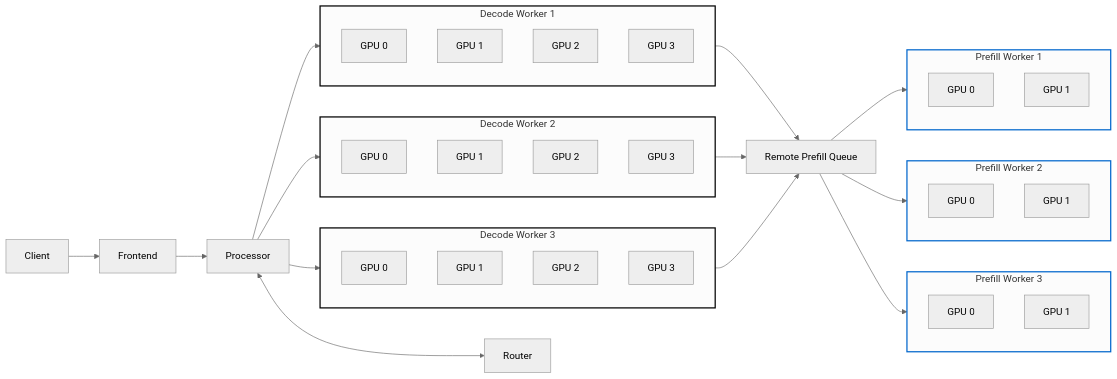
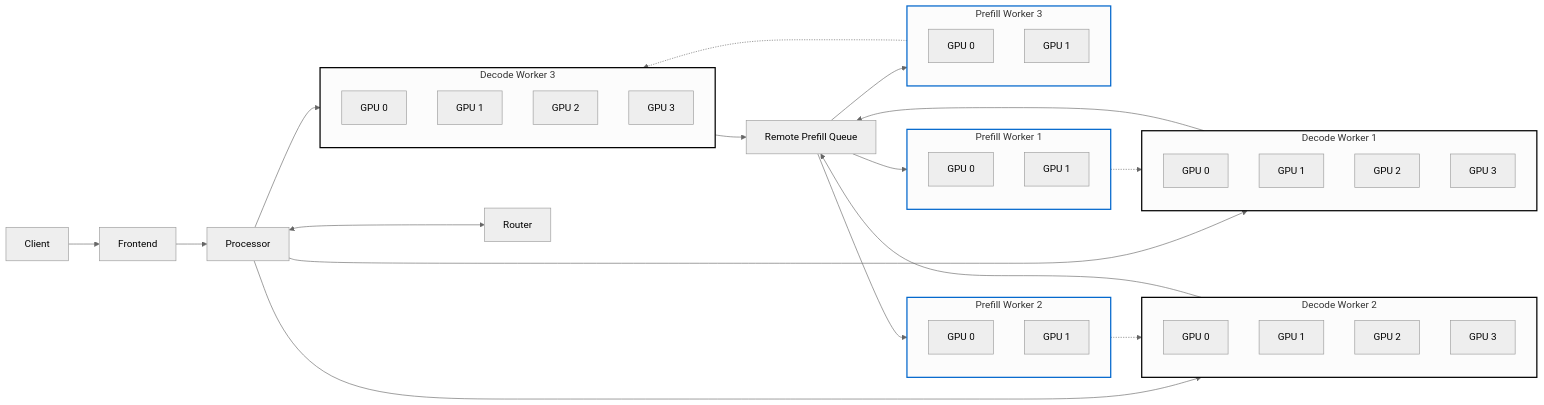
The diagram in deps/NNNN-fault-tolerance.md (ai-dynamo/enhancements), drawn with Mermaid (neutral theme) before and after one commit.

````diff
--- a/deps/NNNN-fault-tolerance.md
+++ b/deps/NNNN-fault-tolerance.md
@@ -237,83 +237,83 @@
 ```mermaid
 graph LR
     Client["Client"]
     Frontend["Frontend"]
     Router["Router"]
 	Processor["Processor"]
 	PrefillQueue["Remote Prefill Queue"]
 
 
     Client --> Frontend
 	Frontend --> Processor
 	Processor <--> Router
 	
 	
     %% Multiple Prefill Workers (each with 2 GPUs)
    
 
     subgraph Prefill1["Prefill Worker 1"]
         direction TB
         P1GPU0["GPU 0"]
         P1GPU1["GPU 1"]
     end
     subgraph Prefill2["Prefill Worker 2"]
         direction TB
         P2GPU0["GPU 0"]
         P2GPU1["GPU 1"]
     end
     subgraph Prefill3["Prefill Worker 3"]
         direction TB
         P3GPU0["GPU 0"]
         P3GPU1["GPU 1"]
     end
 
     %% Multiple Decode Workers (each with 4 GPUs)
     Processor --> Decode1
     Processor --> Decode2
     Processor --> Decode3
 
     subgraph Decode1["Decode Worker 1"]
         direction TB
         D1GPU0["GPU 0"]
         D1GPU1["GPU 1"]
         D1GPU2["GPU 2"]
         D1GPU3["GPU 3"]
     end
     subgraph Decode2["Decode Worker 2"]
         direction TB
         D2GPU0["GPU 0"]
         D2GPU1["GPU 1"]
         D2GPU2["GPU 2"]
         D2GPU3["GPU 3"]
     end
     subgraph Decode3["Decode Worker 3"]
         direction TB
         D3GPU0["GPU 0"]
         D3GPU1["GPU 1"]
         D3GPU2["GPU 2"]
         D3GPU3["GPU 3"]
     end
 
 	Decode1 --> PrefillQueue
     Decode2 --> PrefillQueue
     Decode3 --> PrefillQueue
 	
 	PrefillQueue --> Prefill1
     PrefillQueue --> Prefill2
     PrefillQueue --> Prefill3	
 	
 
     %% Prefill and Decode workers can communicate (dashed lines)
-    %% Prefill1 -.-> Decode1
-    %% Prefill2 -.-> Decode2
-    %% Prefill3 -.-> Decode3
+    Prefill1 -.-> Decode1
+    Prefill2 -.-> Decode2
+    Prefill3 -.-> Decode3
 
     %% Optional: Style blocks for emphasis
     style Prefill1 stroke:#0066cc,stroke-width:2px
     style Prefill2 stroke:#0066cc,stroke-width:2px
     style Prefill3 stroke:#0066cc,stroke-width:2px
     style Decode1 stroke:#000,stroke-width:2px
     style Decode2 stroke:#000,stroke-width:2px
     style Decode3 stroke:#000,stroke-width:2px
 
 ```
````
